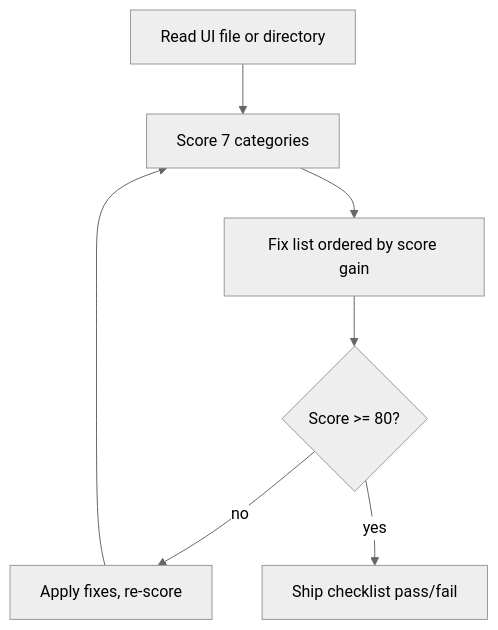
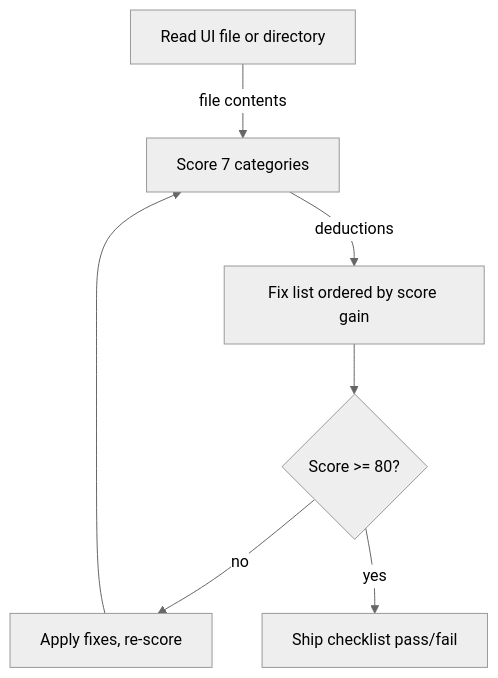
Before and after one commit to b1rdmania/readme-generator: the diagram in SKILL.md, drawn with Mermaid (neutral theme). The commit also changed other lines of this file and 1 other file, not shown here.

````diff
--- a/SKILL.md
+++ b/SKILL.md
@@ -141,9 +106,9 @@
 ```mermaid
 flowchart TD
-    A[Read UI file or directory] --> B[Score 7 categories]
-    B --> C[Fix list ordered by score gain]
+    A[Read UI file or directory] -- file contents --> B[Score 7 categories]
+    B -- deductions --> C[Fix list ordered by score gain]
     C --> D{Score >= 80?}
     D -- no --> E[Apply fixes, re-score]
     E --> B
     D -- yes --> F[Ship checklist pass/fail]
 ```
````
